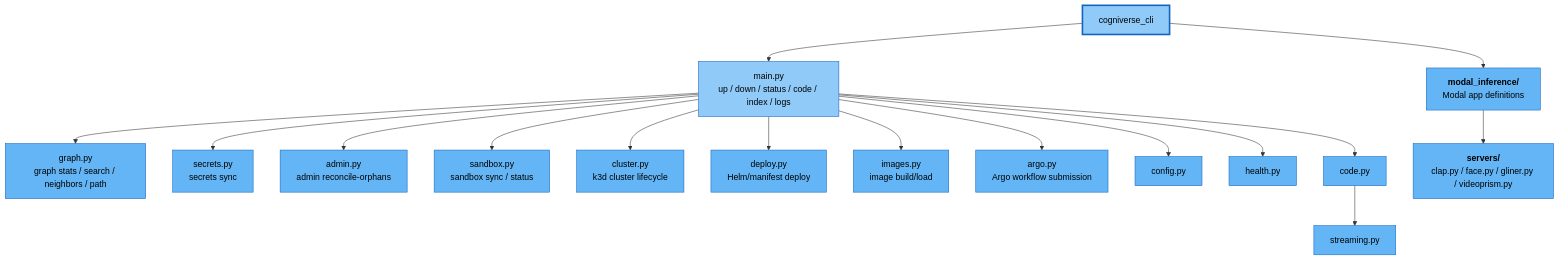
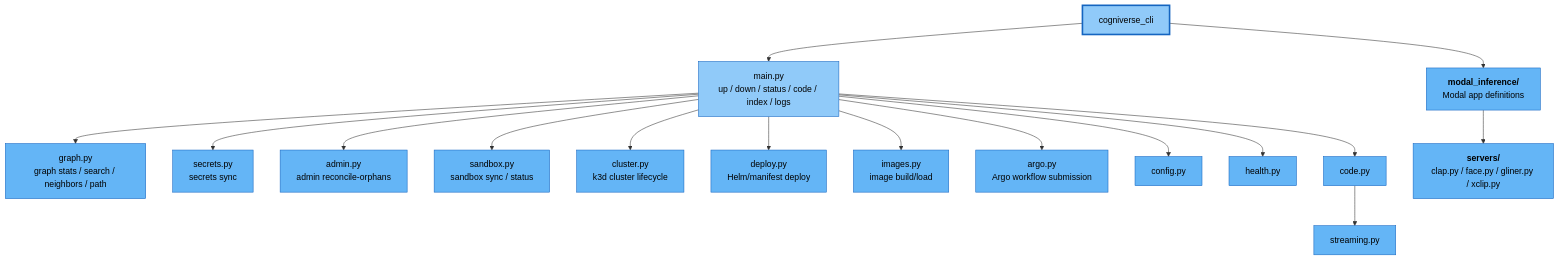
Diagram 15 of 27 in docs/diagrams/sdk-architecture-diagrams.md (amit-jain/cogniverse), drawn with Mermaid before and after one commit. The commit also changed other lines of this file and 168 other files, not shown here.

````diff
--- a/docs/diagrams/sdk-architecture-diagrams.md
+++ b/docs/diagrams/sdk-architecture-diagrams.md
@@ -938,53 +938,53 @@
 ```mermaid
 flowchart TB
     CliPkg["<span style='color:#000'>cogniverse_cli</span>"]
 
     MainCli["<span style='color:#000'>main.py<br/>up / down / status / code / index / logs</span>"]
     GraphGroup["<span style='color:#000'>graph.py<br/>graph stats / search / neighbors / path</span>"]
     SecretsGroup["<span style='color:#000'>secrets.py<br/>secrets sync</span>"]
     AdminGroup["<span style='color:#000'>admin.py<br/>admin reconcile-orphans</span>"]
     SandboxGroup["<span style='color:#000'>sandbox.py<br/>sandbox sync / status</span>"]
     ClusterMod["<span style='color:#000'>cluster.py<br/>k3d cluster lifecycle</span>"]
     DeployMod["<span style='color:#000'>deploy.py<br/>Helm/manifest deploy</span>"]
     ImagesMod["<span style='color:#000'>images.py<br/>image build/load</span>"]
     ArgoMod["<span style='color:#000'>argo.py<br/>Argo workflow submission</span>"]
     ConfigMod["<span style='color:#000'>config.py</span>"]
     HealthMod["<span style='color:#000'>health.py</span>"]
     StreamingMod["<span style='color:#000'>streaming.py</span>"]
     CodeMod["<span style='color:#000'>code.py</span>"]
     ModalInference["<span style='color:#000'><b>modal_inference/</b><br/>Modal app definitions</span>"]
-    ModalServers["<span style='color:#000'><b>servers/</b><br/>clap.py / face.py / gliner.py / videoprism.py</span>"]
+    ModalServers["<span style='color:#000'><b>servers/</b><br/>clap.py / face.py / gliner.py / xclip.py</span>"]
 
     CliPkg --> MainCli
     MainCli --> GraphGroup
     MainCli --> SecretsGroup
     MainCli --> AdminGroup
     MainCli --> SandboxGroup
     MainCli --> ClusterMod
     MainCli --> DeployMod
     MainCli --> ImagesMod
     MainCli --> ArgoMod
     MainCli --> ConfigMod
     MainCli --> HealthMod
     MainCli --> CodeMod
     CodeMod --> StreamingMod
     CliPkg --> ModalInference
     ModalInference --> ModalServers
 
     style CliPkg fill:#90caf9,stroke:#1565c0,stroke-width:3px,color:#000
     style MainCli fill:#90caf9,stroke:#1565c0,color:#000
     style GraphGroup fill:#64b5f6,stroke:#1565c0,color:#000
     style SecretsGroup fill:#64b5f6,stroke:#1565c0,color:#000
     style AdminGroup fill:#64b5f6,stroke:#1565c0,color:#000
     style SandboxGroup fill:#64b5f6,stroke:#1565c0,color:#000
     style ClusterMod fill:#64b5f6,stroke:#1565c0,color:#000
     style DeployMod fill:#64b5f6,stroke:#1565c0,color:#000
     style ImagesMod fill:#64b5f6,stroke:#1565c0,color:#000
     style ArgoMod fill:#64b5f6,stroke:#1565c0,color:#000
     style ConfigMod fill:#64b5f6,stroke:#1565c0,color:#000
     style HealthMod fill:#64b5f6,stroke:#1565c0,color:#000
     style StreamingMod fill:#64b5f6,stroke:#1565c0,color:#000
     style CodeMod fill:#64b5f6,stroke:#1565c0,color:#000
     style ModalInference fill:#64b5f6,stroke:#1565c0,color:#000
     style ModalServers fill:#64b5f6,stroke:#1565c0,color:#000
 ```
````
